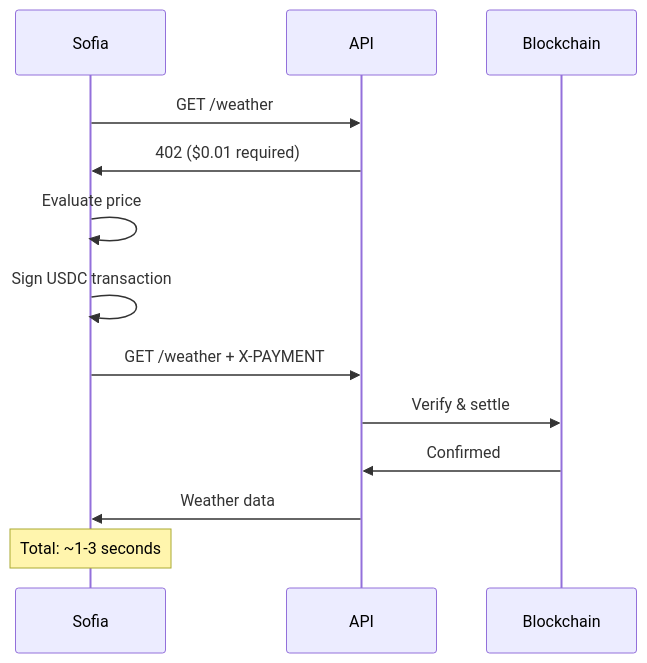
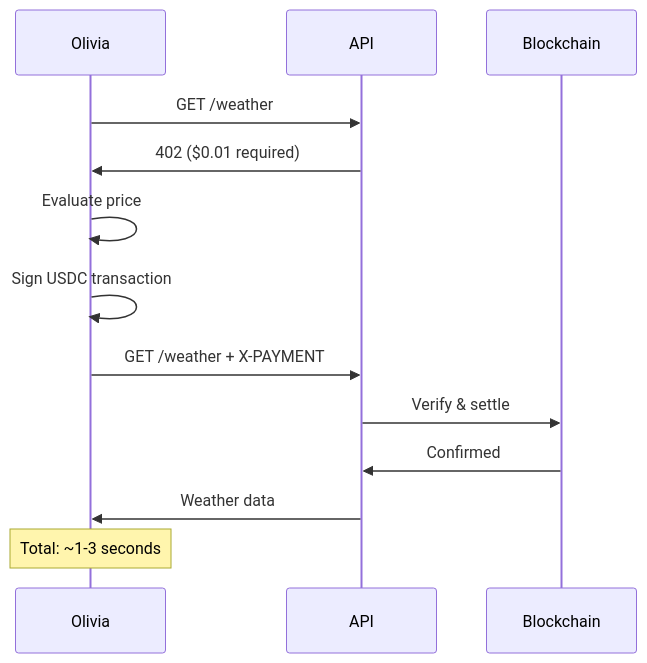
Before and after one commit to LolyxMoon/Aptos-x402: the diagram in docs/README.md, drawn with Mermaid. The commit also changed other lines of this file and 15 other files, not shown here.

````diff
--- a/docs/README.md
+++ b/docs/README.md
@@ -71,17 +71,17 @@
 ```mermaid
 sequenceDiagram
-    participant Sofia
+    participant Olivia
     participant API
     participant Blockchain
     
-    Sofia->>API: GET /weather
-    API->>Sofia: 402 ($0.01 required)
-    Sofia->>Sofia: Evaluate price
-    Sofia->>Sofia: Sign USDC transaction
-    Sofia->>API: GET /weather + X-PAYMENT
+    Olivia->>API: GET /weather
+    API->>Olivia: 402 ($0.01 required)
+    Olivia->>Olivia: Evaluate price
+    Olivia->>Olivia: Sign USDC transaction
+    Olivia->>API: GET /weather + X-PAYMENT
     API->>Blockchain: Verify & settle
     Blockchain->>API: Confirmed
-    API->>Sofia: Weather data
+    API->>Olivia: Weather data
     
-    Note over Sofia: Total: ~1-3 seconds
+    Note over Olivia: Total: ~1-3 seconds
 ```
````
